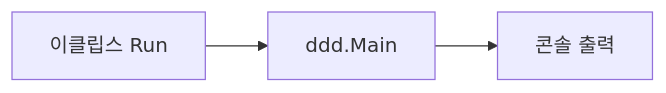
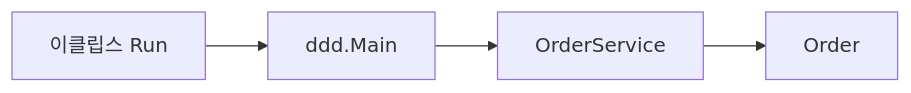
The diagram in .projectcode/wiki/scenarios.md (busan-bank-2026/ddd-example), drawn with Mermaid before and after one commit. The commit also changed other lines of this file and 4 other files, not shown here.

````diff
--- a/.projectcode/wiki/scenarios.md
+++ b/.projectcode/wiki/scenarios.md
@@ -5,5 +5,6 @@
 ```mermaid
 flowchart LR
   A[이클립스 Run] --> B[ddd.Main]
-  B --> C[콘솔 출력]
+  B --> C[OrderService]
+  C --> D[Order]
 ```
````
